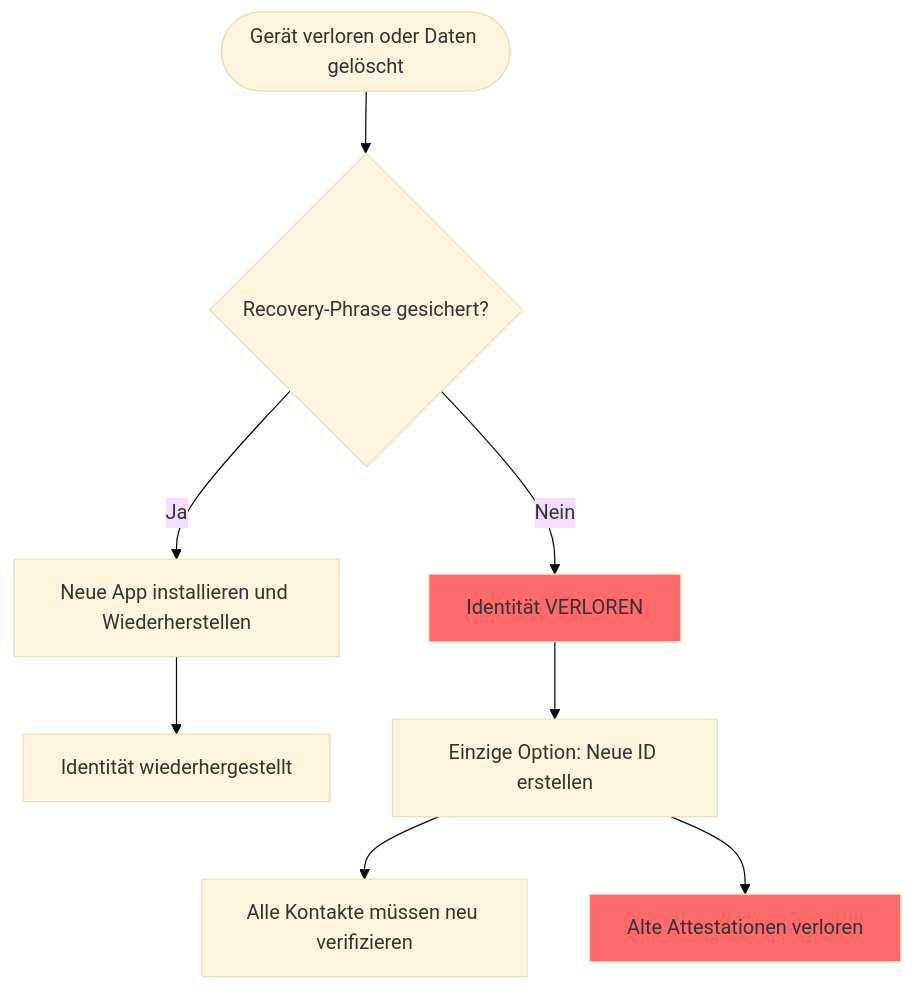
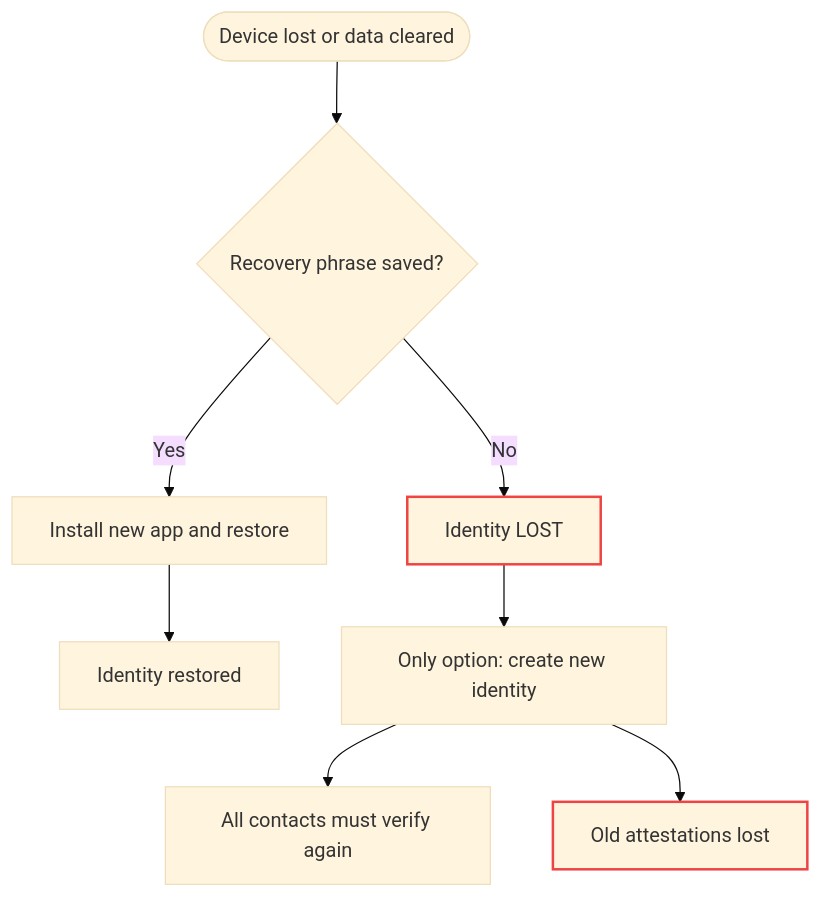
The seventh of 7 diagrams in docs/flows/01-onboarding-technical.md (IT4Change/web-of-trust), drawn with Mermaid (base theme) before and after one commit. The commit also changed other lines of this file and 6 other files, not shown here.

````diff
--- a/docs/flows/01-onboarding-technical.md
+++ b/docs/flows/01-onboarding-technical.md
@@ -395,15 +406,15 @@
 ```mermaid
 flowchart TD
-    Loss(["Gerät verloren oder Daten gelöscht"]) --> HasPhrase{"Recovery-Phrase gesichert?"}
-    
-    HasPhrase -->|Ja| Recover["Neue App installieren und Wiederherstellen"]
-    Recover --> Restored["Identität wiederhergestellt"]
-    
-    HasPhrase -->|Nein| Lost["Identität VERLOREN"]
-    Lost --> NewID["Einzige Option: Neue ID erstellen"]
-    NewID --> Reverify["Alle Kontakte müssen neu verifizieren"]
-    NewID --> LostAttestations["Alte Attestationen verloren"]
-    
-    style Lost fill:#FF6B6B
-    style LostAttestations fill:#FF6B6B
+    Loss(["Device lost or data cleared"]) --> HasPhrase{"Recovery phrase saved?"}
+
+    HasPhrase -->|Yes| Recover["Install new app and restore"]
+    Recover --> Restored["Identity restored"]
+
+    HasPhrase -->|No| Lost["Identity LOST"]
+    Lost --> NewID["Only option: create new identity"]
+    NewID --> Reverify["All contacts must verify again"]
+    NewID --> LostAttestations["Old attestations lost"]
+
+    style Lost stroke:#ef4444,stroke-width:2px
+    style LostAttestations stroke:#ef4444,stroke-width:2px
 ```
````
